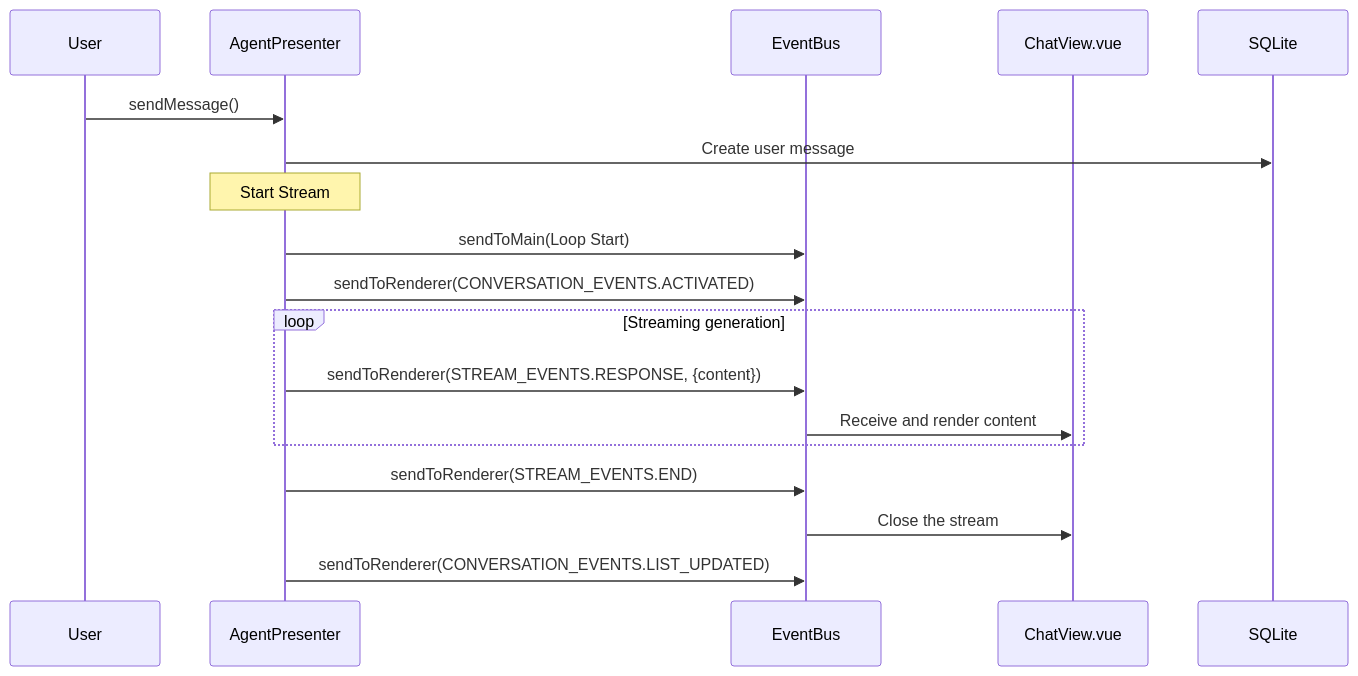
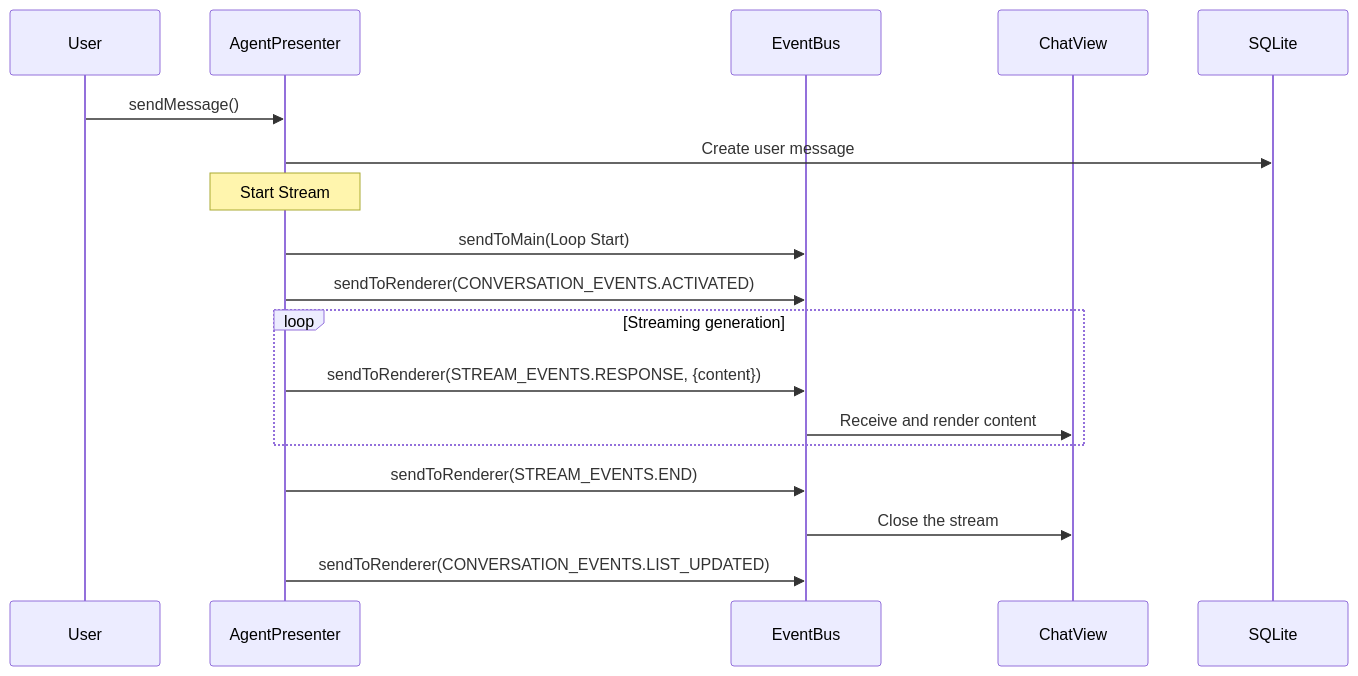
Before and after one commit to dvaJi/argos: the second of 5 diagrams in docs/architecture/event-system.md, drawn with Mermaid. The commit also changed other lines of this file and 90 other files, not shown here.

````diff
--- a/docs/architecture/event-system.md
+++ b/docs/architecture/event-system.md
@@ -555,24 +555,24 @@
 ```mermaid
 sequenceDiagram
     participant User as User
     participant AgentP as AgentPresenter
     participant EventBus as EventBus
-    participant UI as ChatView.vue
+    participant UI as ChatView
     participant SQLite as SQLite
 
     User->>AgentP: sendMessage()
     AgentP->>SQLite: Create user message
 
     Note over AgentP: Start Stream
     AgentP->>EventBus: sendToMain(Loop Start)
     AgentP->>EventBus: sendToRenderer(CONVERSATION_EVENTS.ACTIVATED)
 
     loop Streaming generation
         AgentP->>EventBus: sendToRenderer(STREAM_EVENTS.RESPONSE, {content})
         EventBus->>UI: Receive and render content
     end
 
     AgentP->>EventBus: sendToRenderer(STREAM_EVENTS.END)
     EventBus->>UI: Close the stream
     AgentP->>EventBus: sendToRenderer(CONVERSATION_EVENTS.LIST_UPDATED)
 ```
````
